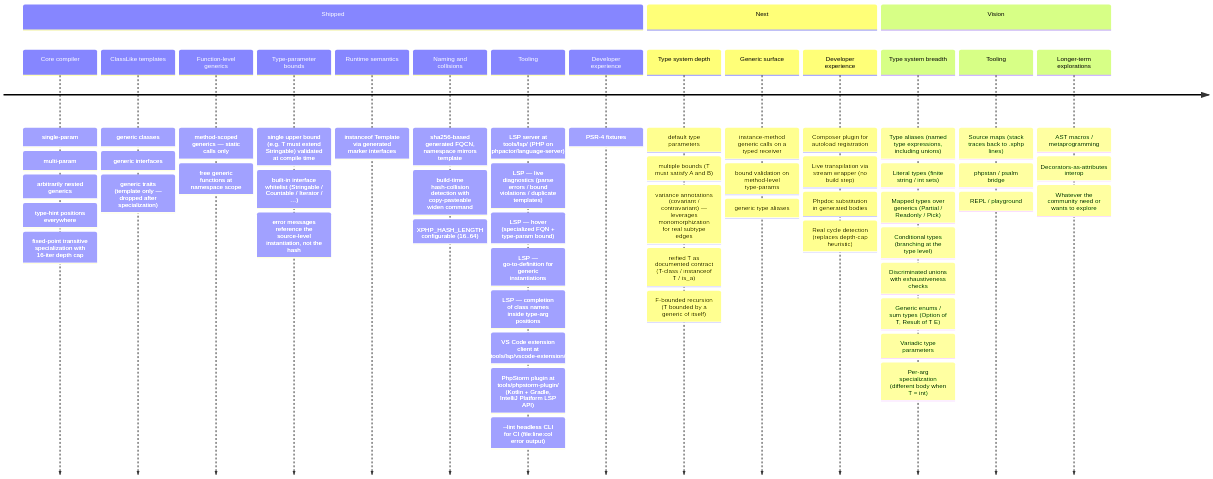
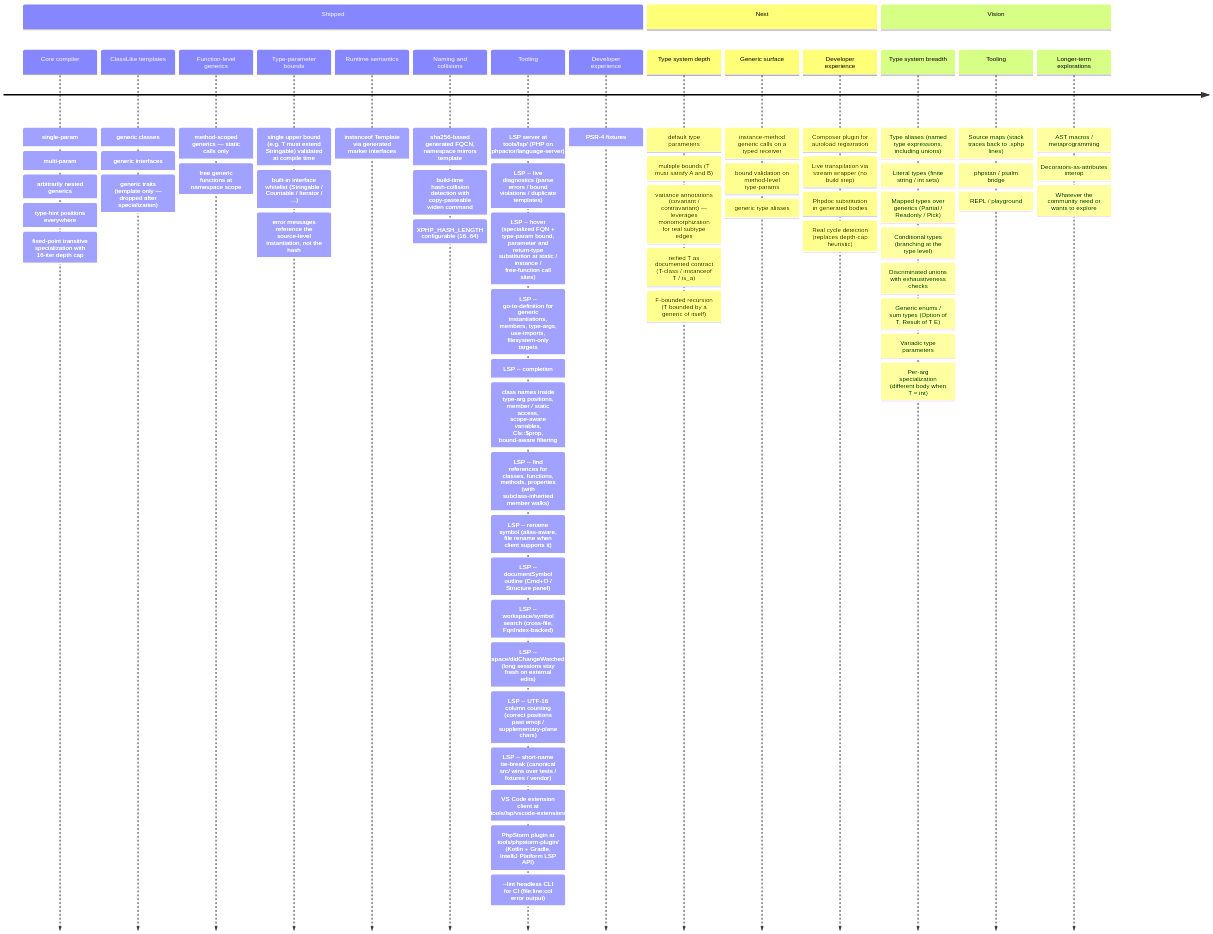
The diagram in docs/roadmap.md (xphp-lang/xphp), drawn with Mermaid before and after one commit. The commit also changed 2 other files, not shown here.

Commit message:
docs: refresh LSP feature inventory across roadmap + READMEs
The Shipped section of the public roadmap and the LSP package README
listed only the original MVP surface (diagnostics / hover / GTD /
completion).  Update them to reflect the post-MVP follow-ups now
shipped on feat/lsp-followups:

- references, rename, documentSymbol, workspaceSymbol,
  didChangeWatchedFiles
- bound-aware type-arg completion + scope-aware variable completion +
  Cls::\$prop + subclass-protected visibility
- inheritance walks for references / rename / GTD
- parameter and return-type substitution at static / free-function call
  sites
- UTF-16 column counting, short-name tie-break, closed-file targets
- expanded trigger characters and capability set
- 424 / 1244 test count (was 131 / 299)

ASCII-only; no agent-os/ references in any public file.

````diff
--- a/docs/roadmap.md
+++ b/docs/roadmap.md
@@ -6,72 +6,79 @@
 ```mermaid
 timeline
     section Shipped
         Core compiler
                 : single-param
                 : multi-param
                 : arbitrarily nested generics
                 : type-hint positions everywhere
                 : fixed-point transitive specialization with 16-iter depth cap
         ClassLike templates
                 : generic classes
                 : generic interfaces
                 : generic traits (template only — dropped after specialization)
         Function-level generics
                 : method-scoped generics — static calls only
                 : free generic functions at namespace scope
         Type-parameter bounds
                 : single upper bound (e.g. T must extend Stringable) validated at compile time
                 : built-in interface whitelist (Stringable / Countable / Iterator / …)
                 : error messages reference the source-level instantiation, not the hash
         Runtime semantics
                 : instanceof Template via generated marker interfaces
         Naming and collisions
                 : sha256-based generated FQCN, namespace mirrors template
                 : build-time hash-collision detection with copy-pasteable widen command
                 : XPHP_HASH_LENGTH configurable (16..64)
         Tooling
                 : LSP server at tools/lsp/ (PHP on phpactor/language-server)
-                : LSP — live diagnostics (parse errors / bound violations / duplicate templates)
-                : LSP — hover (specialized FQN + type-param bound)
-                : LSP — go-to-definition for generic instantiations
-                : LSP — completion of class names inside type-arg positions
+                : LSP -- live diagnostics (parse errors / bound violations / duplicate templates)
+                : LSP -- hover (specialized FQN + type-param bound, parameter and return-type substitution at static / instance / free-function call sites)
+                : LSP -- go-to-definition for generic instantiations, members, type-args, use-imports, filesystem-only targets
+                : LSP -- completion: class names inside type-arg positions, member / static access, scope-aware variables, Cls::$prop, bound-aware filtering
+                : LSP -- find references for classes, functions, methods, properties (with subclass-inherited member walks)
+                : LSP -- rename symbol (alias-aware, file rename when client supports it)
+                : LSP -- documentSymbol outline (Cmd+O / Structure panel)
+                : LSP -- workspace/symbol search (cross-file, FqnIndex-backed)
+                : LSP -- workspace/didChangeWatchedFiles (long sessions stay fresh on external edits)
+                : LSP -- UTF-16 column counting (correct positions past emoji / supplementary-plane chars)
+                : LSP -- short-name tie-break (canonical src/ wins over tests / fixtures / vendor)
                 : VS Code extension client at tools/lsp/vscode-extension/
                 : PhpStorm plugin at tools/phpstorm-plugin/ (Kotlin + Gradle, IntelliJ Platform LSP API)
                 : --lint headless CLI for CI (file:line:col error output)
         Developer experience
                 : PSR-4 fixtures
     section Next
         Type system depth
                 : default type parameters
                 : multiple bounds (T must satisfy A and B)
                 : variance annotations (covariant / contravariant) — leverages monomorphization for real subtype edges
                 : reified T as documented contract (T-class / instanceof T / is_a)
                 : F-bounded recursion (T bounded by a generic of itself)
         Generic surface
                 : instance-method generic calls on a typed receiver
                 : bound validation on method-level type-params
                 : generic type aliases
         Developer experience
                 : Composer plugin for autoload registration
                 : Live transpilation via stream wrapper (no build step)
                 : Phpdoc substitution in generated bodies
                 : Real cycle detection (replaces depth-cap heuristic)
     section Vision
         Type system breadth
                 : Type aliases (named type expressions, including unions)
                 : Literal types (finite string / int sets)
                 : Mapped types over generics (Partial / Readonly / Pick)
                 : Conditional types (branching at the type level)
                 : Discriminated unions with exhaustiveness checks
                 : Generic enums / sum types (Option of T, Result of T E)
                 : Variadic type parameters
                 : Per-arg specialization (different body when T = int)
         Tooling
                 : Source maps (stack traces back to .xphp lines)
                 : phpstan / psalm bridge
                 : REPL / playground
         Longer-term explorations
                 : AST macros / metaprogramming
                 : Decorators-as-attributes interop
                 : Whatever the community need or wants to explore
 ```
````
